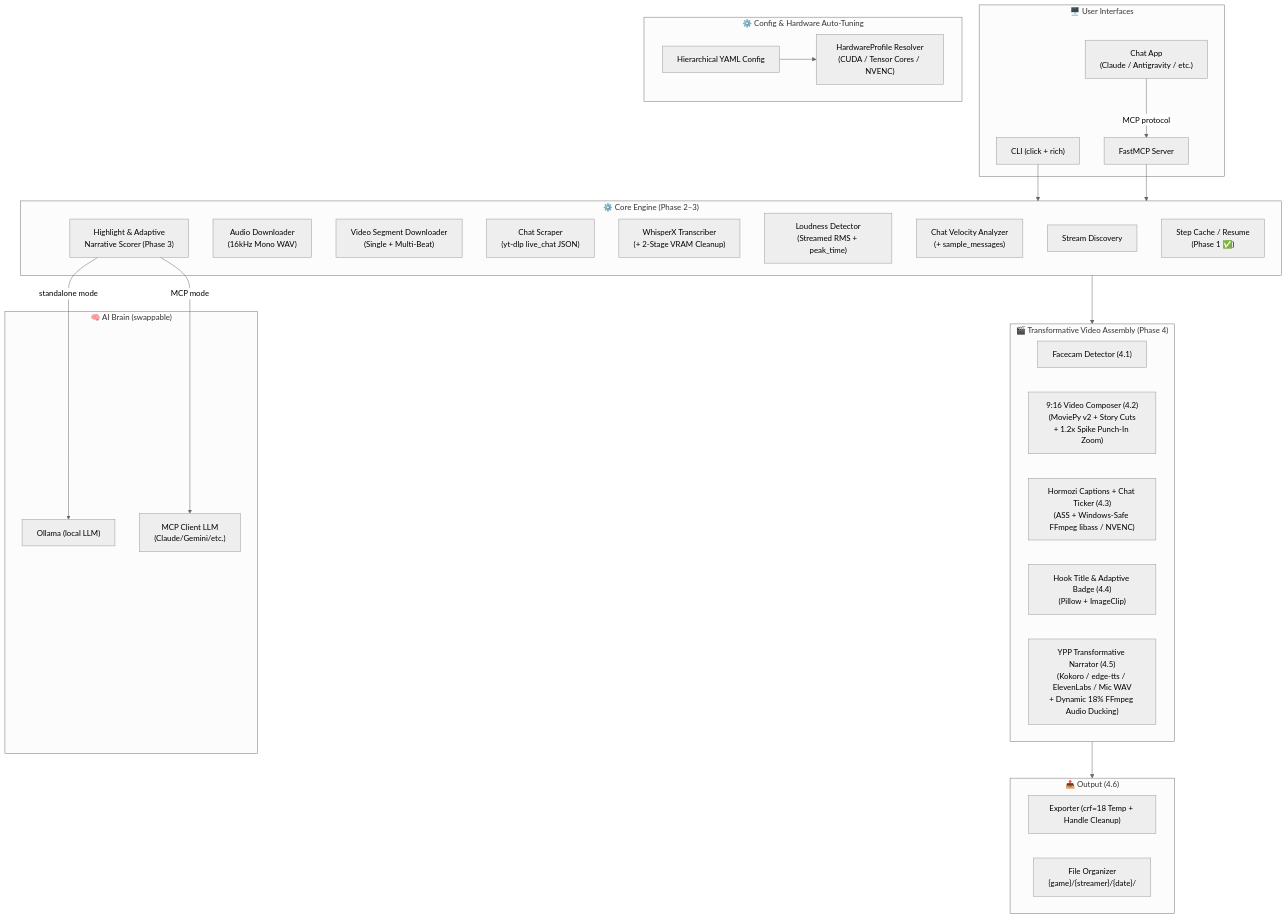
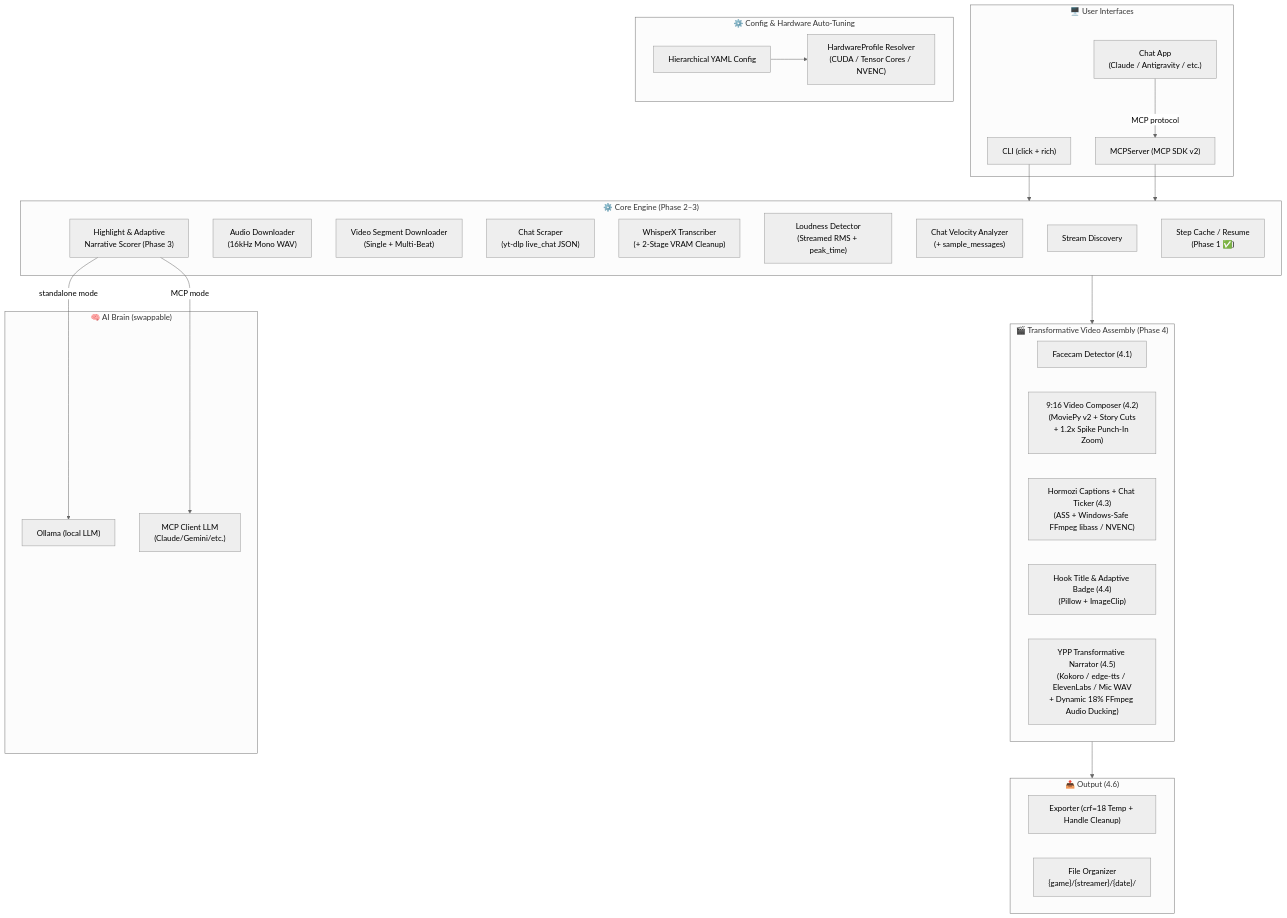
One commit to PrakashD2003/Clipper changed the first of 3 diagrams in docs/streamclipper-implementation-guide-v2.md. Above: the diagram before and after it, drawn with Mermaid (neutral theme). The commit also changed other lines of this file and 27 other files, not shown here.

````diff
--- a/docs/streamclipper-implementation-guide-v2.md
+++ b/docs/streamclipper-implementation-guide-v2.md
@@ -9,52 +9,52 @@
 ```mermaid
 flowchart TD
     subgraph Interfaces["🖥️ User Interfaces"]
         CLI["CLI (click + rich)"]
-        MCP["FastMCP Server"]
+        MCP["MCPServer (MCP SDK v2)"]
         ChatApp["Chat App<br/>(Claude / Antigravity / etc.)"]
     end
 
     subgraph ConfigLayer["⚙️ Config & Hardware Auto-Tuning"]
         Config["Hierarchical YAML Config"]
         HW["HardwareProfile Resolver<br/>(CUDA / Tensor Cores / NVENC)"]
     end
 
     subgraph Core["⚙️ Core Engine (Phase 2–3)"]
         Discovery["Stream Discovery"]
         AudioDL["Audio Downloader<br/>(16kHz Mono WAV)"]
         VideoDL["Video Segment Downloader<br/>(Single + Multi-Beat)"]
         ChatScrape["Chat Scraper<br/>(yt-dlp live_chat JSON)"]
         Transcriber["WhisperX Transcriber<br/>(+ 2-Stage VRAM Cleanup)"]
         Loudness["Loudness Detector<br/>(Streamed RMS + peak_time)"]
         ChatAnalyzer["Chat Velocity Analyzer<br/>(+ sample_messages)"]
         Scorer["Highlight & Adaptive<br/>Narrative Scorer (Phase 3)"]
         Cache["Step Cache / Resume<br/>(Phase 1 ✅)"]
     end
 
     subgraph Assembly["🎬 Transformative Video Assembly (Phase 4)"]
         FaceCam["Facecam Detector (4.1)"]
         Assembler["9:16 Video Composer (4.2)<br/>(MoviePy v2 + Story Cuts<br/>+ 1.2x Spike Punch-In Zoom)"]
         Captions["Hormozi Captions + Chat Ticker (4.3)<br/>(ASS + Windows-Safe FFmpeg libass / NVENC)"]
         HookTitle["Hook Title & Adaptive Badge (4.4)<br/>(Pillow + ImageClip)"]
         Narrator["YPP Transformative Narrator (4.5)<br/>(Kokoro / edge-tts / ElevenLabs / Mic WAV<br/>+ Dynamic 18% FFmpeg Audio Ducking)"]
     end
 
     subgraph Output["📤 Output (4.6)"]
         Exporter["Exporter (crf=18 Temp + Handle Cleanup)"]
         FileOrg["File Organizer<br/>{game}/{streamer}/{date}/"]
     end
 
     subgraph AI["🧠 AI Brain (swappable)"]
         Ollama["Ollama (local LLM)"]
         MCPClient["MCP Client LLM<br/>(Claude/Gemini/etc.)"]
     end
 
     Config --> HW
     ChatApp -->|"MCP protocol"| MCP
     CLI --> Core
     MCP --> Core
     Core --> Assembly
     Assembly --> Output
     Scorer -->|"standalone mode"| Ollama
     Scorer -->|"MCP mode"| MCPClient
 ```
````
